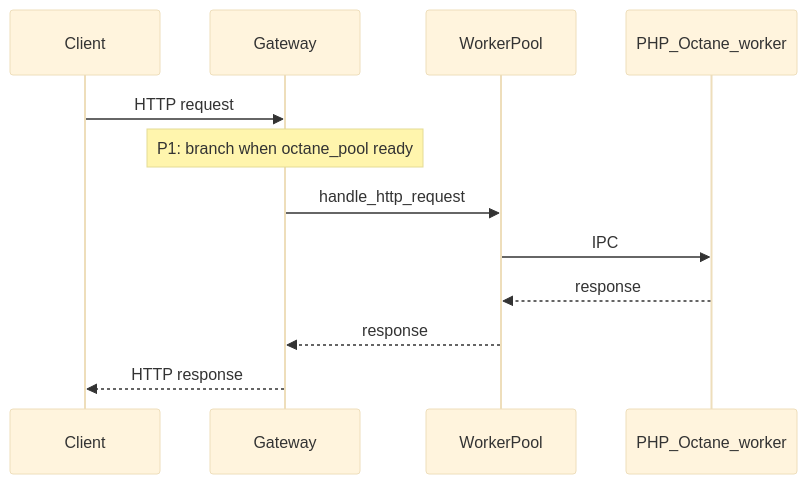
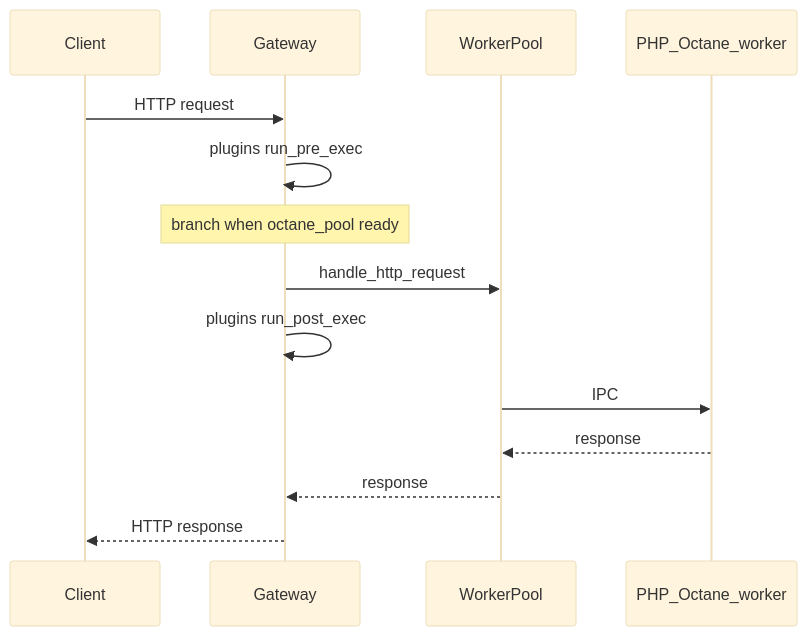
The second of 2 diagrams in docs/contributor/architecture.md (faisalemir/nusa), drawn with Mermaid (base theme) before and after one commit. The commit also changed other lines of this file and 55 other files, not shown here.

````diff
--- a/docs/contributor/architecture.md
+++ b/docs/contributor/architecture.md
@@ -27,15 +29,17 @@
 ```mermaid
 sequenceDiagram
     participant Client
     participant Gateway
     participant Pool as WorkerPool
     participant Worker as PHP_Octane_worker
 
     Client->>Gateway: HTTP request
-    Note over Gateway: P1: branch when octane_pool ready
+    Gateway->>Gateway: plugins run_pre_exec
+    Note over Gateway: branch when octane_pool ready
     Gateway->>Pool: handle_http_request
+    Gateway->>Gateway: plugins run_post_exec
     Pool->>Worker: IPC
     Worker-->>Pool: response
     Pool-->>Gateway: response
     Gateway-->>Client: HTTP response
 ```
````
